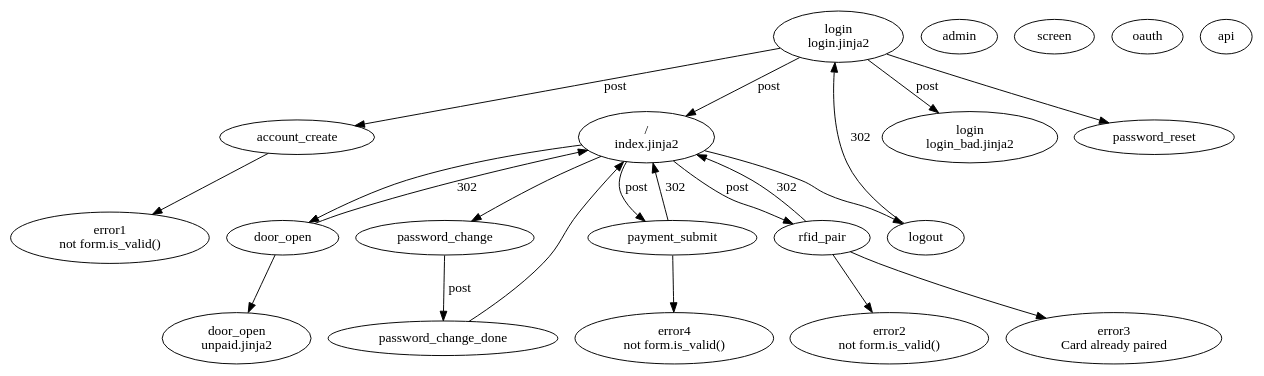
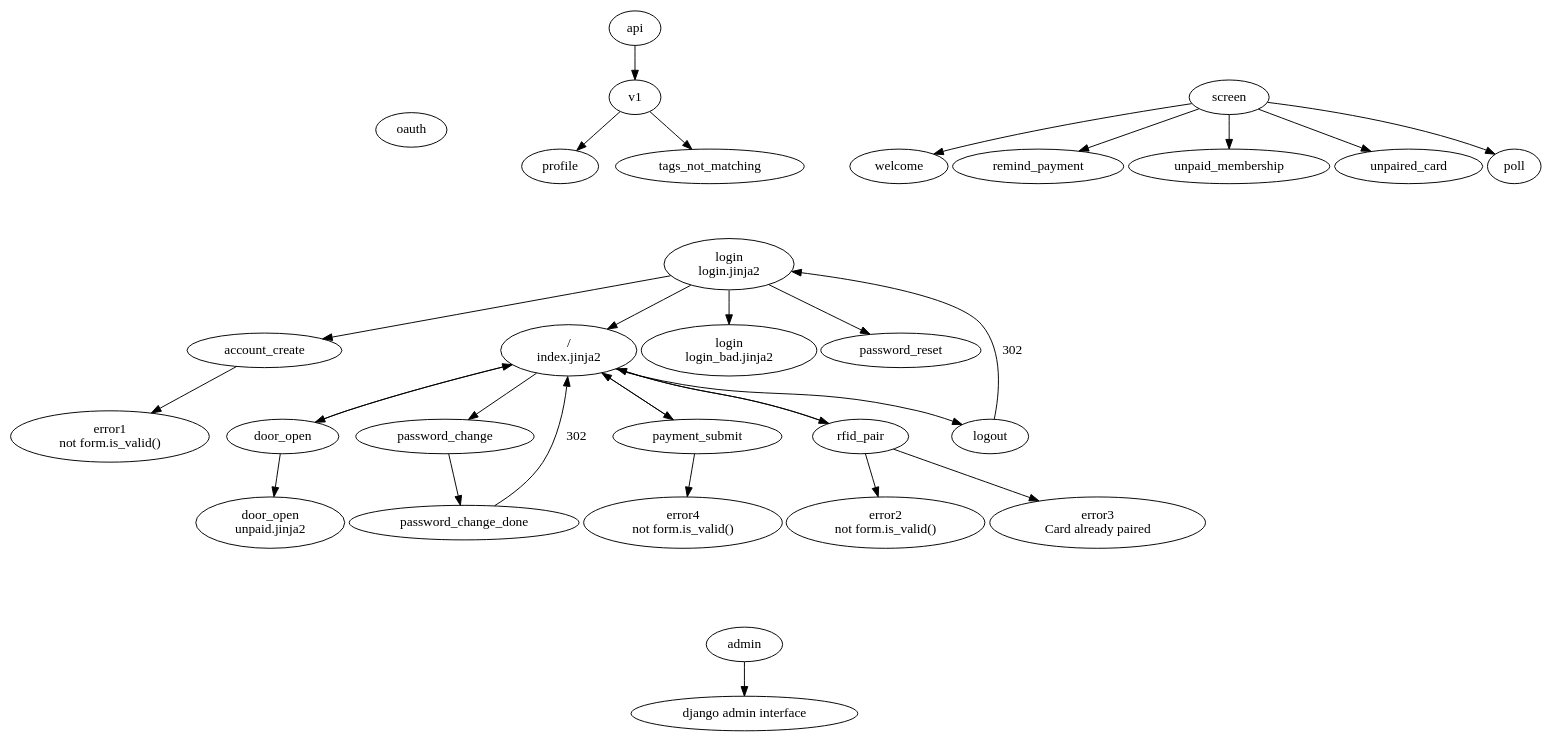
The diagram in docs/site-flow.dot (dimsumlabs/hackman), drawn with Graphviz before and after one commit.

Commit message:
Also add in the non-website urls to the diagram

```diff
--- a/docs/site-flow.dot
+++ b/docs/site-flow.dot
@@ -1,51 +1,60 @@
 #
 # Outline of the various pages and how they link to each other
 #
 
 digraph g{
+    pack=true;
 
     # All the templates, with internal names for them
     account_create;
     index [label="/\nindex.jinja2"];
     login [label="\N\nlogin.jinja2"];
     login_bad [label="login\nlogin_bad.jinja2"];
     door_open_bad [label="door_open\nunpaid.jinja2"];
 
     error1 [label="\N\nnot form.is_valid()"];
     error2 [label="\N\nnot form.is_valid()"];
     error3 [label="\N\nCard already paired"];
     error4 [label="\N\nnot form.is_valid()"];
 
     login -> login_bad [label=post];
     login -> password_reset;
     login -> account_create [label=post];
     login -> index [label=post];
 
     account_create -> error1;
 
     index -> door_open;
     door_open -> door_open_bad;
     door_open -> index [label=302];
 
     index -> password_change;
     password_change -> password_change_done [label=post];
-    password_change_done -> index;
+    password_change_done -> index [label=302];
 
     index -> payment_submit [label=post];
     payment_submit -> index [label=302];
     payment_submit -> error4;
 
     index -> rfid_pair [label=post];
     rfid_pair -> index [label=302];
     rfid_pair -> error2;
     rfid_pair -> error3;
 
     index -> logout;
     logout -> login [label=302];
 
+    admin -> "django admin interface";
 
-    admin;
-    screen;
+    screen -> welcome;
+    screen -> remind_payment;
+    screen -> unpaid_membership;
+    screen -> unpaired_card;
+    screen -> poll;
+
     oauth;
-    api;
+
+    api -> v1;
+    v1 -> profile;
+    v1 -> tags_not_matching;
 }
```
